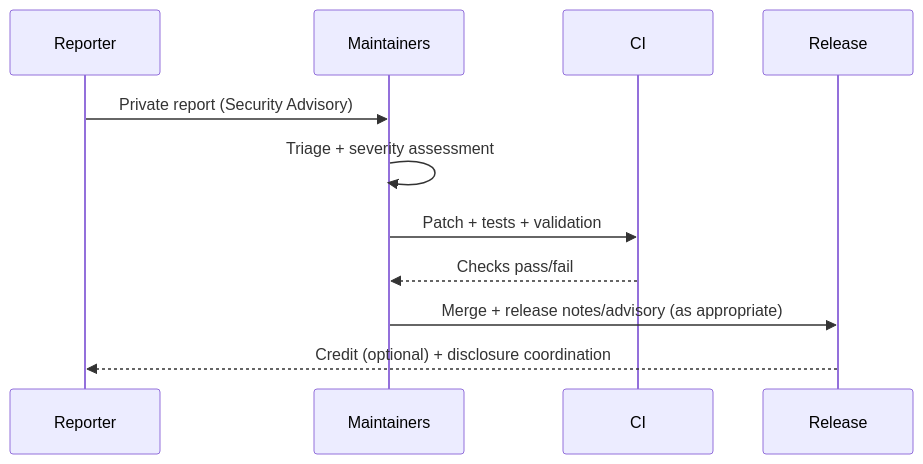
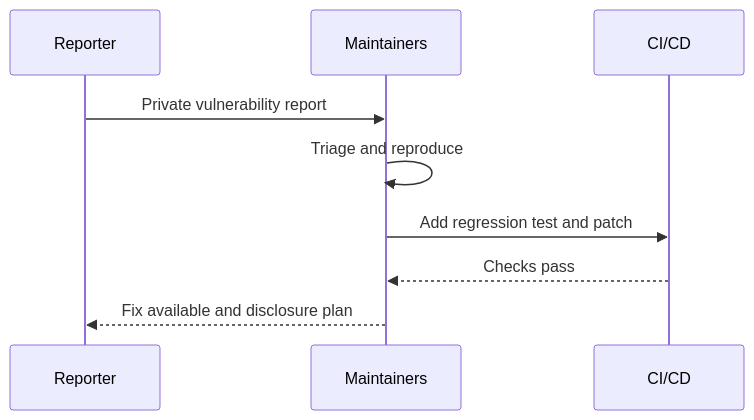
The second of 2 diagrams in .github/SECURITY.md (bartytime4life/Kansas-Frontier-Matrix), drawn with Mermaid before and after one commit. The commit also changed other lines of this file, not shown here.

First line of the commit message:
Revise KFM Security Policy metadata and content

```diff
--- a/.github/SECURITY.md
+++ b/.github/SECURITY.md
@@ -191,14 +209,11 @@
 ~~~mermaid
 sequenceDiagram
   participant Reporter
   participant Maintainers
-  participant CI
-  participant Release
-
-  Reporter->>Maintainers: Private report (Security Advisory)
-  Maintainers->>Maintainers: Triage + severity assessment
-  Maintainers->>CI: Patch + tests + validation
-  CI-->>Maintainers: Checks pass/fail
-  Maintainers->>Release: Merge + release notes/advisory (as appropriate)
-  Release-->>Reporter: Credit (optional) + disclosure coordination
+  participant CI as CI/CD
+  Reporter->>Maintainers: Private vulnerability report
+  Maintainers->>Maintainers: Triage and reproduce
+  Maintainers->>CI: Add regression test and patch
+  CI-->>Maintainers: Checks pass
+  Maintainers-->>Reporter: Fix available and disclosure plan
 ~~~
```
